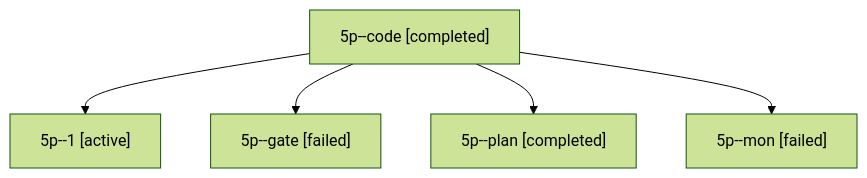
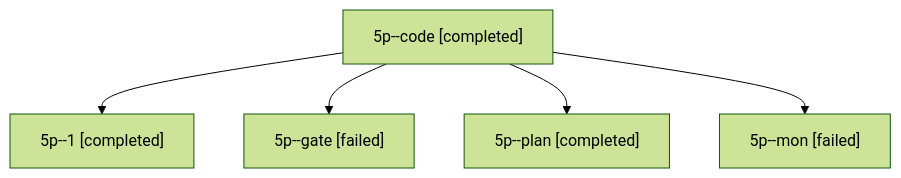
One commit to sase-org/sase--agents changed the diagram in sessions/bbugyi200.apollo.5p.md. Above: the diagram before and after it, drawn with Mermaid (forest theme). The commit also changed other lines of this file and 15 other files, not shown here.

````diff
--- a/sessions/bbugyi200.apollo.5p.md
+++ b/sessions/bbugyi200.apollo.5p.md
@@ -9,12 +9,12 @@
 ```mermaid
 flowchart TD
   n0["5p--code [completed]"]
-  n1["5p--1 [active]"]
+  n1["5p--1 [completed]"]
   n0 --> n1
   n2["5p--gate [failed]"]
   n0 --> n2
   n3["5p--plan [completed]"]
   n0 --> n3
   n4["5p--mon [failed]"]
   n0 --> n4
 ```
````
